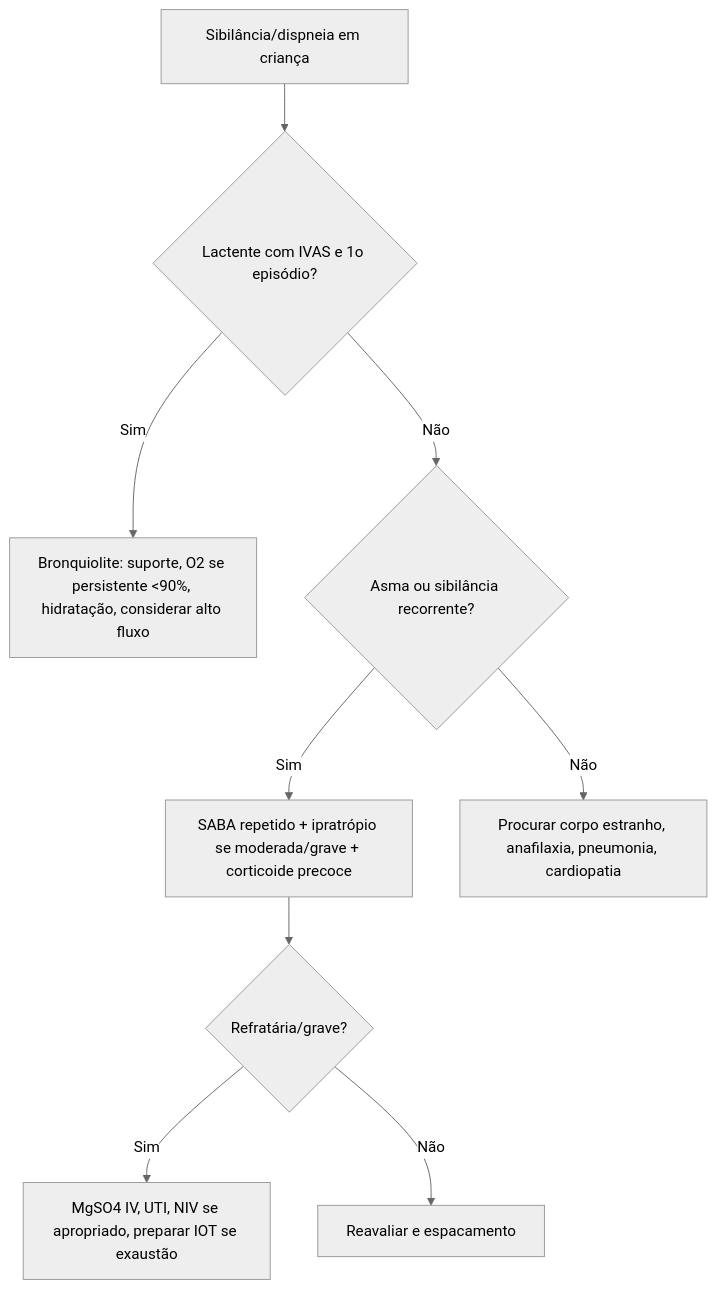
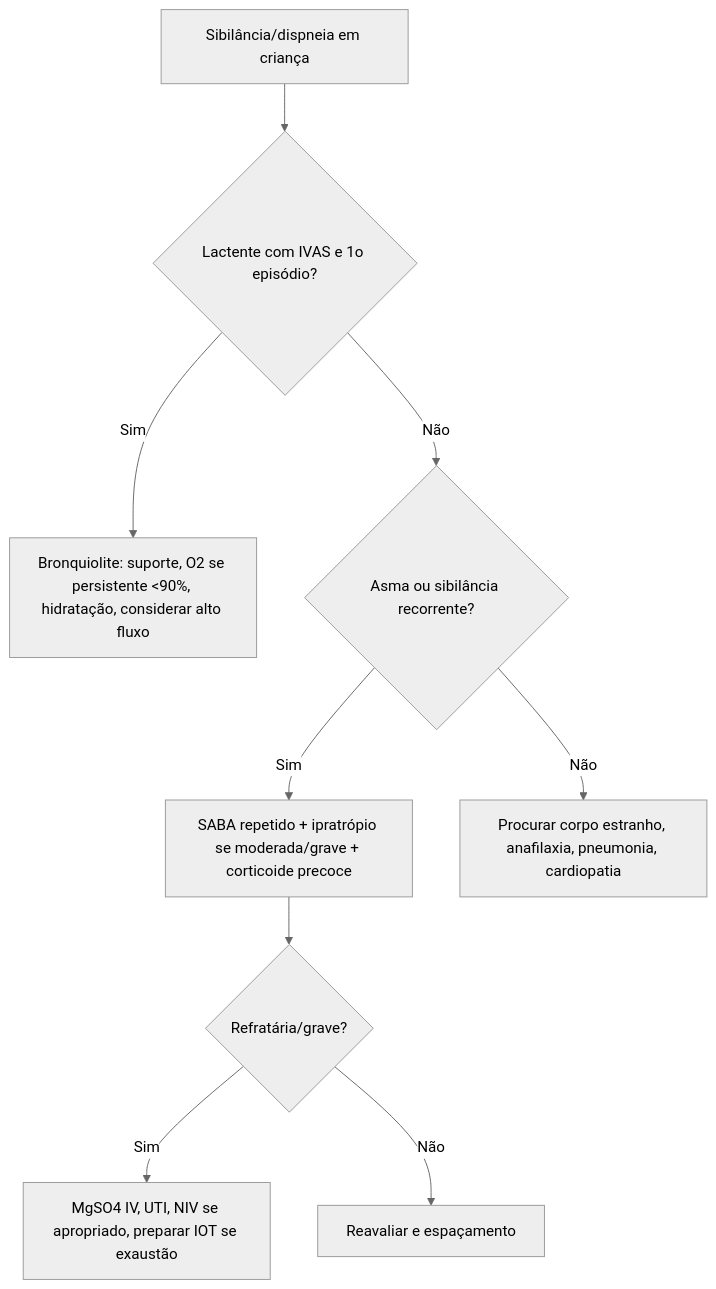
Before and after one commit to ThiagoPersona/emergencia26: the second of 3 diagrams in Intensivao/temas/010_emergencias-pediatricas.md, drawn with Mermaid (neutral theme). The commit also changed other lines of this file and 15 other files, not shown here.

````diff
--- a/Intensivao/temas/010_emergencias-pediatricas.md
+++ b/Intensivao/temas/010_emergencias-pediatricas.md
@@ -239,11 +255,11 @@
 ```mermaid
 flowchart TD
     A[Sibilância/dispneia em criança] --> B{Lactente com IVAS e 1o episódio?}
     B -->|Sim| C[Bronquiolite: suporte, O2 se persistente <90%, hidratação, considerar alto fluxo]
     B -->|Não| D{Asma ou sibilância recorrente?}
     D -->|Sim| E[SABA repetido + ipratrópio se moderada/grave + corticoide precoce]
     E --> F{Refratária/grave?}
     F -->|Sim| G[MgSO4 IV, UTI, NIV se apropriado, preparar IOT se exaustão]
-    F -->|Não| H[Reavaliar e espacamento]
+    F -->|Não| H[Reavaliar e espaçamento]
     D -->|Não| I[Procurar corpo estranho, anafilaxia, pneumonia, cardiopatia]
 ```
````
